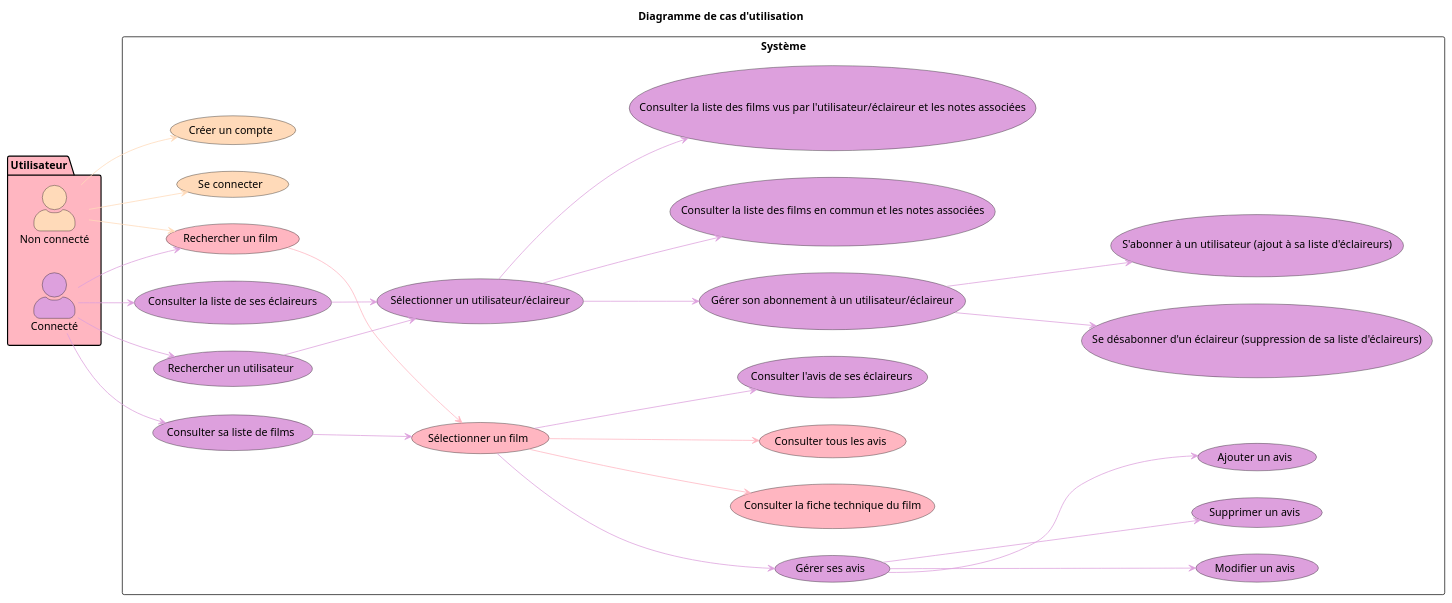
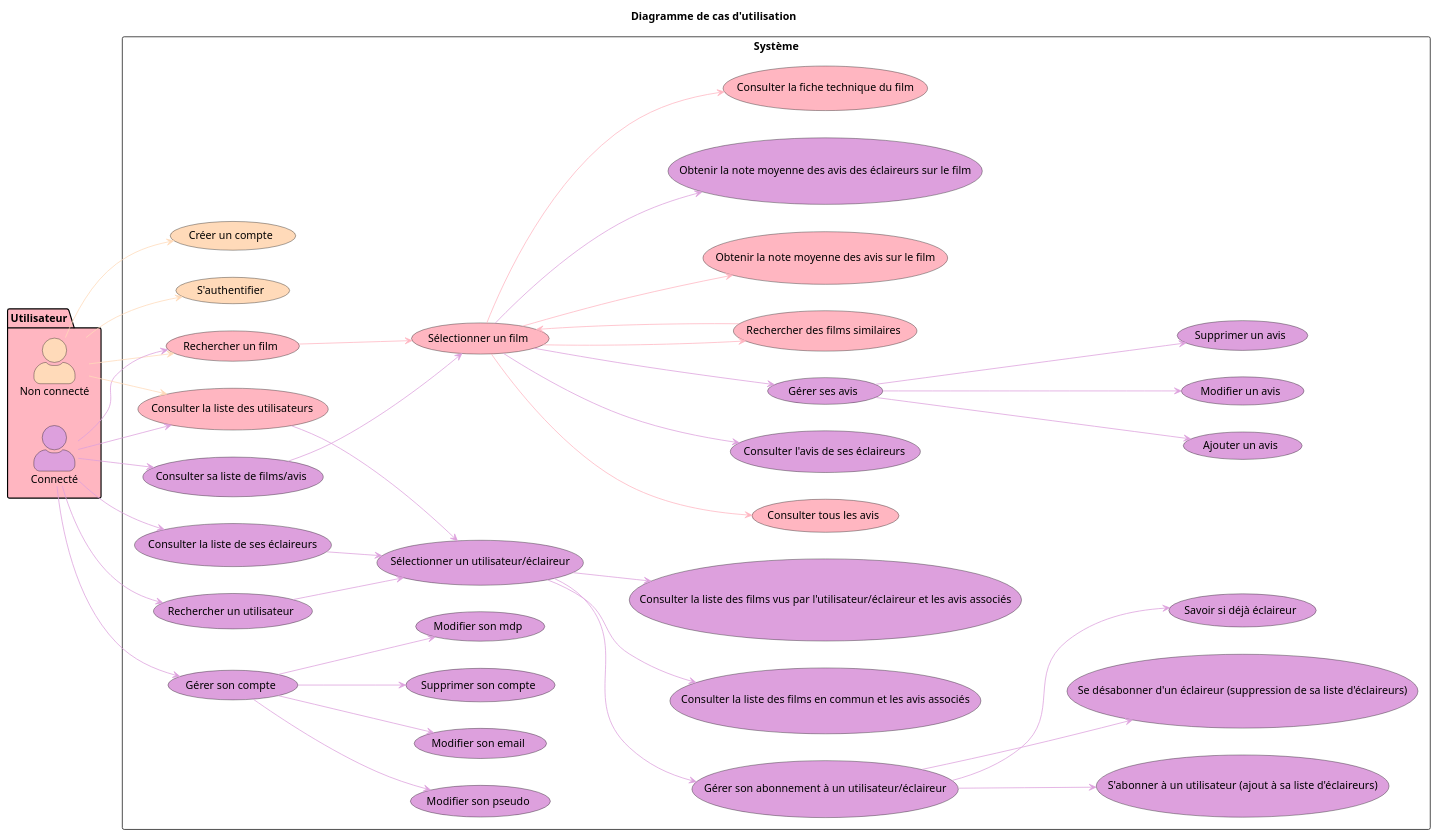
Before and after one commit to id2380/Projet2A_Template: the diagram in doc/Diagramme de cas d'utilisation/CasUtilisation.puml, drawn with PlantUML.

Commit message:
Modif diagramme usecase

```diff
--- a/doc/Diagramme de cas d'utilisation/CasUtilisation.puml
+++ b/doc/Diagramme de cas d'utilisation/CasUtilisation.puml
@@ -1,58 +1,81 @@
-@startuml Diagramme de cas d'utilisation
+@startuml
 title Diagramme de cas d'utilisation
 left to right direction
 
 ' Activer le style awesome pour les acteurs
 skinparam actorStyle awesome
 package Utilisateur #FFB6C1 {
 ' Styliser chaque acteur séparément
 actor "Non connecté" as u1 #FFDAB9
 actor "Connecté" as u2 #DDA0DD
 }
 
 rectangle Système {
   usecase "Consulter la liste de ses éclaireurs" as 2 #DDA0DD
   usecase "Rechercher un utilisateur" as 3 #DDA0DD
   usecase "Sélectionner un utilisateur/éclaireur" as 4 #DDA0DD
-  usecase "Consulter la liste des films en commun et les notes associées" as 5 #DDA0DD
-  usecase "Consulter la liste des films vus par l'utilisateur/éclaireur et les notes associées" as 6 #DDA0DD
+  usecase "Consulter la liste des films en commun et les avis associés" as 5 #DDA0DD
+  usecase "Consulter la liste des films vus par l'utilisateur/éclaireur et les avis associés" as 6 #DDA0DD
   usecase "Gérer son abonnement à un utilisateur/éclaireur" as 7 #DDA0DD
   usecase "S'abonner à un utilisateur (ajout à sa liste d'éclaireurs)" as 8 #DDA0DD
   usecase "Se désabonner d'un éclaireur (suppression de sa liste d'éclaireurs)" as 9 #DDA0DD
-  usecase "Consulter sa liste de films" as 10 #DDA0DD
+  usecase "Consulter sa liste de films/avis" as 10 #DDA0DD
   usecase "Rechercher un film" as 11 #FFB6C1
   usecase "Sélectionner un film" as 12 #FFB6C1
   usecase "Consulter la fiche technique du film" as 13 #FFB6C1
   usecase "Consulter tous les avis" as 14 #FFB6C1
   usecase "Consulter l'avis de ses éclaireurs" as 15 #DDA0DD
   usecase "Gérer ses avis" as 16 #DDA0DD
   usecase "Ajouter un avis" as 17 #DDA0DD
   usecase "Modifier un avis" as 18 #DDA0DD
   usecase "Supprimer un avis" as 19 #DDA0DD
   usecase "Créer un compte" as 20 #FFDAB9
-  usecase "Se connecter" as 21 #FFDAB9
+  usecase "S'authentifier" as 21 #FFDAB9
+  usecase "Gérer son compte" as 22 #DDA0DD
+  usecase "Modifier son mdp" as 23 #DDA0DD
+  usecase "Modifier son pseudo" as 24 #DDA0DD
+  usecase "Modifier son email" as 25 #DDA0DD
+  usecase "Supprimer son compte" as 26 #DDA0DD
+  usecase "Consulter la liste des utilisateurs" as 27 #FFB6C1
+  usecase "Rechercher des films similaires" as 28 #FFB6C1
+  usecase "Obtenir la note moyenne des avis sur le film" as 29 #FFB6C1
+  usecase "Obtenir la note moyenne des avis des éclaireurs sur le film" as 30 #DDA0DD
+  usecase "Savoir si déjà éclaireur" as 31 #DDA0DD
 }
 u1 --> 11 #FFDAB9
 10 --> 12 #DDA0DD
 11 --> 12 #FFB6C1
 12 --> 13 #FFB6C1
 12 --> 14 #FFB6C1
 12 --> 15 #DDA0DD
 12 --> 16 #DDA0DD
 16 --> 17 #DDA0DD
 16 --> 18 #DDA0DD
 16 --> 19 #DDA0DD
 u1 --> 20 #FFDAB9
 u1 --> 21 #FFDAB9
 u2 --> 11 #DDA0DD
 u2 --> 2 #DDA0DD
 u2 --> 3 #DDA0DD
 2 --> 4 #DDA0DD
 3 --> 4 #DDA0DD
 4 --> 5 #DDA0DD
 4 --> 6 #DDA0DD
 4 --> 7 #DDA0DD
 7 --> 8 #DDA0DD
 7 --> 9 #DDA0DD
 u2 --> 10 #DDA0DD
+u2 --> 22 #DDA0DD
+22 --> 23 #DDA0DD
+22 --> 24 #DDA0DD
+22 --> 25 #DDA0DD
+22 --> 26 #DDA0DD
+u1 --> 27 #FFDAB9
+u2 --> 27 #DDA0DD
+27 --> 4 #DDA0DD
+12 --> 28 #FFB6C1
+28 --> 12 #FFB6C1
+12 --> 29 #FFB6C1
+12 --> 30 #DDA0DD
+7 --> 31 #DDA0DD
 @enduml
```
